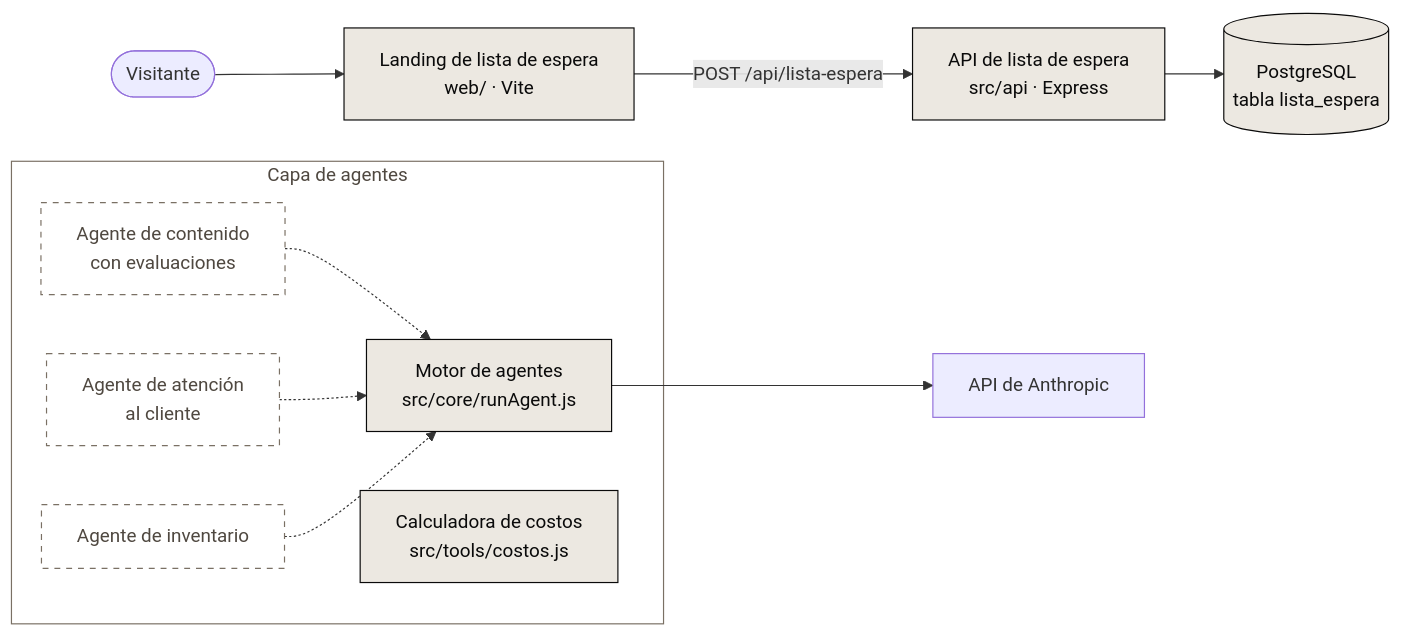
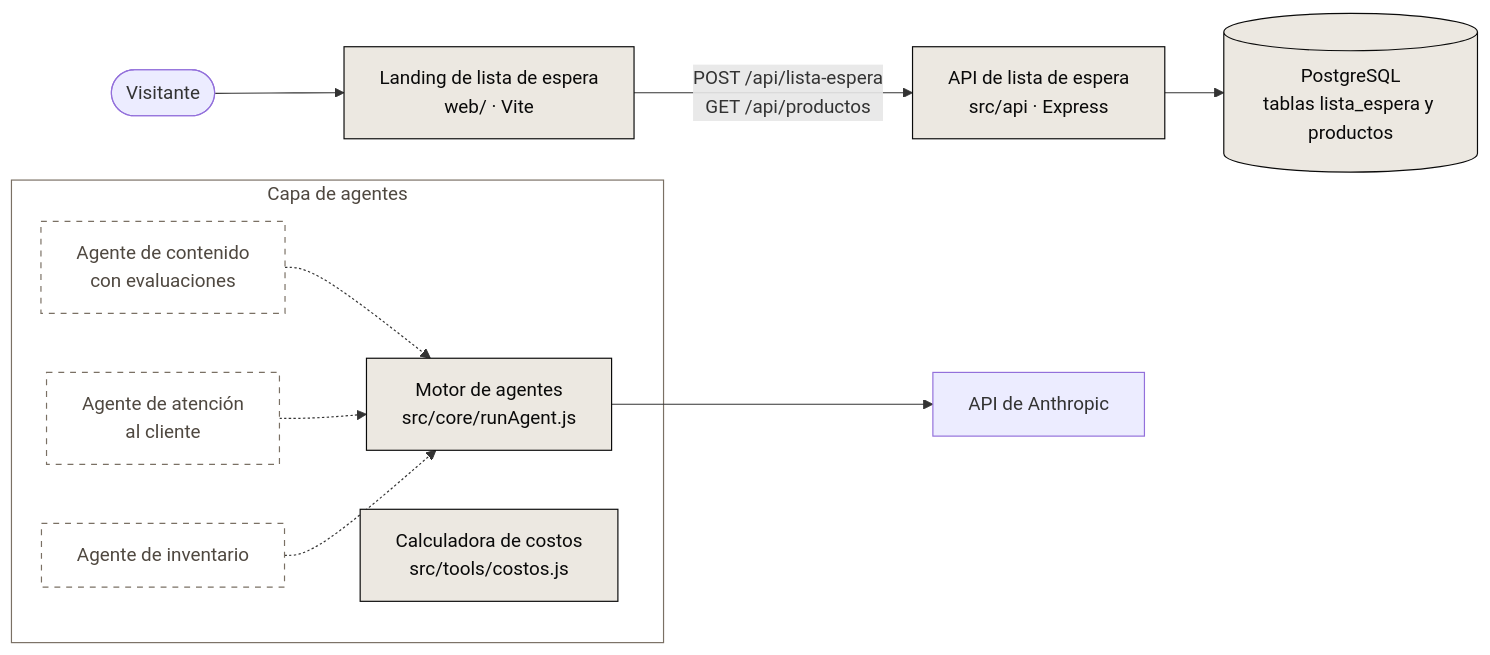
The diagram in README.md (FacundoGuiraldes/vow), drawn with Mermaid before and after one commit. The commit also changed other lines of this file and 18 other files, not shown here.

Commit message:
feat: catálogo del Drop 01 en la API y sección en la landing

````diff
--- a/README.md
+++ b/README.md
@@ -21,31 +23,31 @@
 ```mermaid
 flowchart LR
     visitante(["Visitante"])
     landing["Landing de lista de espera<br/>web/ · Vite"]
     api["API de lista de espera<br/>src/api · Express"]
-    db[("PostgreSQL<br/>tabla lista_espera")]
+    db[("PostgreSQL<br/>tablas lista_espera y productos")]
 
     subgraph agentes["Capa de agentes"]
         motor["Motor de agentes<br/>src/core/runAgent.js"]
         costos["Calculadora de costos<br/>src/tools/costos.js"]
         contenido["Agente de contenido<br/>con evaluaciones"]
         soporte["Agente de atención<br/>al cliente"]
         inventario["Agente de inventario"]
     end
 
     anthropic["API de Anthropic"]
 
     visitante --> landing
-    landing -->|"POST /api/lista-espera"| api
+    landing -->|"POST /api/lista-espera<br/>GET /api/productos"| api
     api --> db
     motor --> anthropic
     contenido -.-> motor
     soporte -.-> motor
     inventario -.-> motor
 
     classDef existe fill:#ECE8E1,stroke:#0A0A0A,color:#0A0A0A
     classDef planificado fill:#ffffff,stroke:#7A7064,stroke-dasharray:5 5,color:#4F4840
     class landing,api,db,motor,costos existe
     class contenido,soporte,inventario planificado
     style agentes fill:#ffffff,stroke:#7A7064,color:#4F4840
 ```
````
